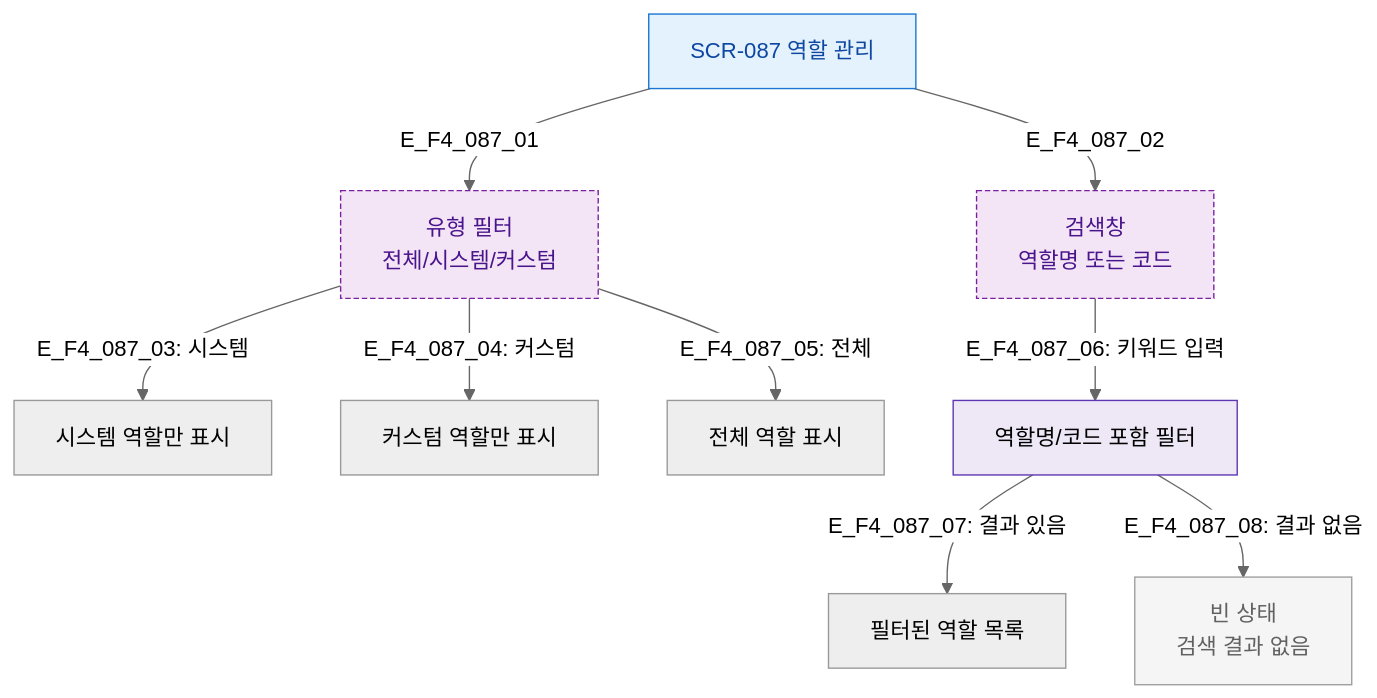
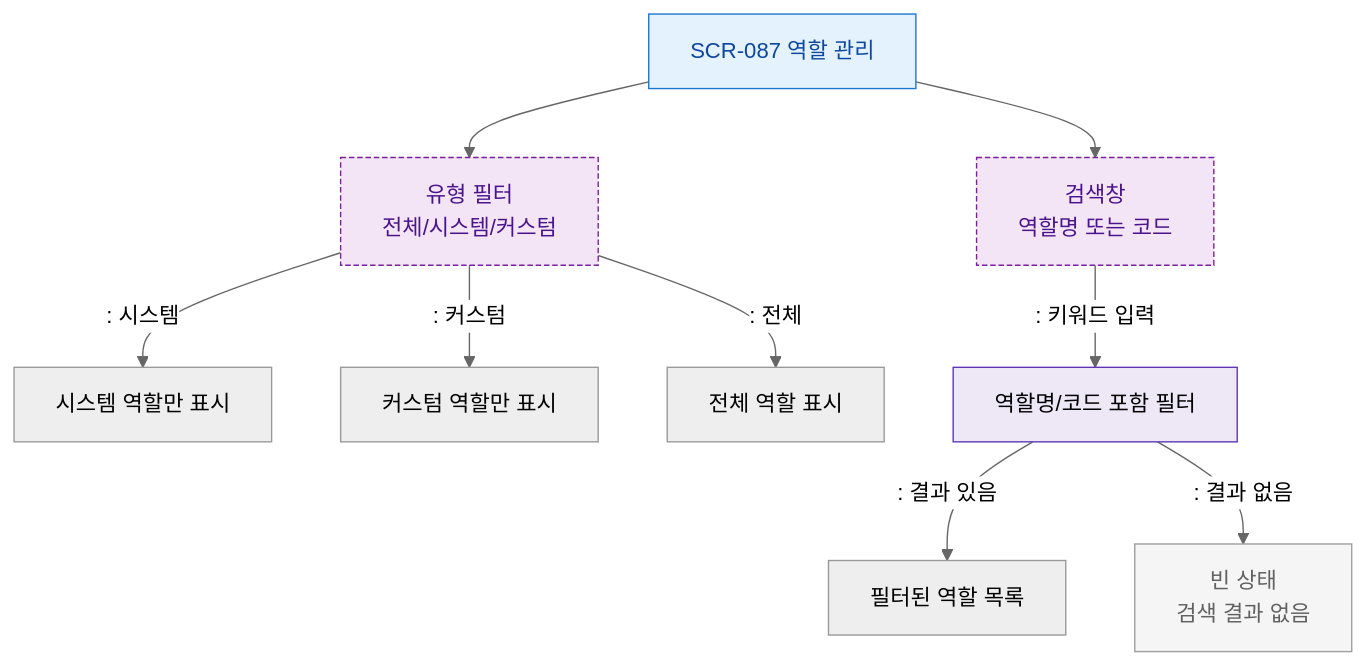
One commit to dev-spogym/admin-pando changed the diagram in docs/다이어그램/D09_설정관리/SCR-087_커스텀역할생성/F4_필터검색정렬.md. Above: the diagram before and after it, drawn with Mermaid (neutral theme). The commit also changed other lines of this file and 1660 other files, not shown here.

First line of the commit message:
다이어그램: 기획자/클라이언트 납품본으로 정리

````diff
--- a/docs/다이어그램/D09_설정관리/SCR-087_커스텀역할생성/F4_필터검색정렬.md
+++ b/docs/다이어그램/D09_설정관리/SCR-087_커스텀역할생성/F4_필터검색정렬.md
@@ -14,24 +12,24 @@
 ```mermaid
 flowchart TD
     SCR087[SCR-087 역할 관리]
 
-    SCR087 -->|E_F4_087_01| TypeFilter[유형 필터\n전체/시스템/커스텀]
-    SCR087 -->|E_F4_087_02| SearchBar[검색창\n역할명 또는 코드]
+    SCR087 --> TypeFilter[유형 필터\n전체/시스템/커스텀]
+    SCR087 --> SearchBar[검색창\n역할명 또는 코드]
 
-    TypeFilter -->|"E_F4_087_03: 시스템"| SystemOnly[시스템 역할만 표시]
-    TypeFilter -->|"E_F4_087_04: 커스텀"| CustomOnly[커스텀 역할만 표시]
-    TypeFilter -->|"E_F4_087_05: 전체"| AllRoles[전체 역할 표시]
+    TypeFilter -->|": 시스템"|SystemOnly[시스템 역할만 표시]
+    TypeFilter -->|": 커스텀"|CustomOnly[커스텀 역할만 표시]
+    TypeFilter -->|": 전체"|AllRoles[전체 역할 표시]
 
-    SearchBar -->|"E_F4_087_06: 키워드 입력"| SearchApply[역할명/코드 포함 필터]
-    SearchApply -->|"E_F4_087_07: 결과 있음"| ResultList[필터된 역할 목록]
-    SearchApply -->|"E_F4_087_08: 결과 없음"| EmptySearch[빈 상태\n검색 결과 없음]
+    SearchBar -->|": 키워드 입력"|SearchApply[역할명/코드 포함 필터]
+    SearchApply -->|": 결과 있음"|ResultList[필터된 역할 목록]
+    SearchApply -->|": 결과 없음"|EmptySearch[빈 상태\n검색 결과 없음]
 
     classDef screen fill:#E3F2FD,stroke:#1976D2,color:#0D47A1
     classDef newFeature fill:#F3E5F5,stroke:#7B1FA2,color:#4A148C,stroke-dasharray:4 2
     classDef system fill:#EDE7F6,stroke:#5E35B2
     classDef rbacBlocked fill:#F5F5F5,stroke:#9E9E9E,color:#616161
     class SCR087 screen
     class SearchBar,TypeFilter newFeature
     class SearchApply system
     class EmptySearch rbacBlocked
 ```
````
